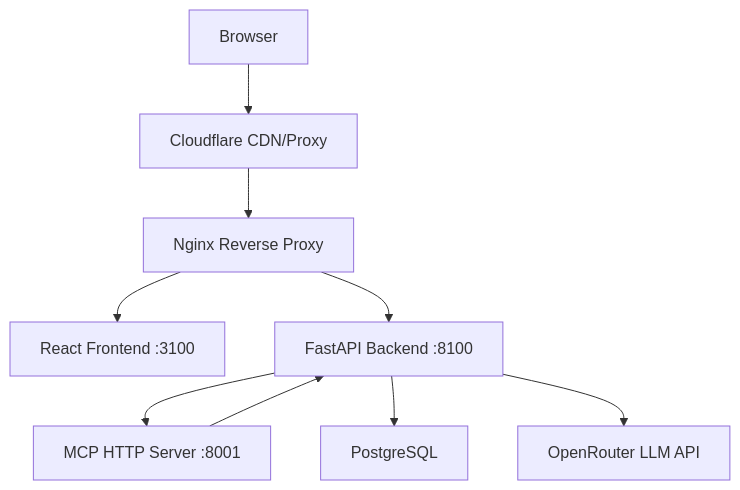
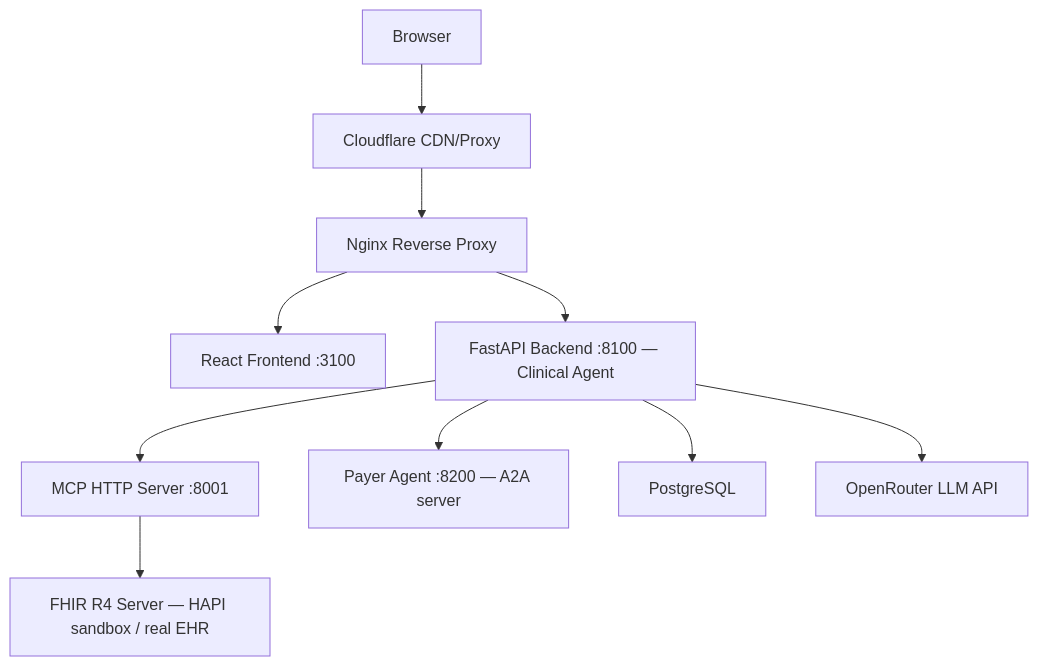
Before and after one commit to volskyi-dmytro/health_prior: the diagram in README.md, drawn with Mermaid. The commit also changed other lines of this file, not shown here.

First line of the commit message:
docs: update README for MCP+A2A protocol stack, add validation prompt

````diff
--- a/README.md
+++ b/README.md
@@ -7,11 +7,12 @@
 ```mermaid
 graph TD
     User[Browser] --> CF[Cloudflare CDN/Proxy]
     CF --> Nginx[Nginx Reverse Proxy]
     Nginx --> FE[React Frontend :3100]
-    Nginx --> BE[FastAPI Backend :8100]
+    Nginx --> BE[FastAPI Backend :8100 — Clinical Agent]
     BE --> MCP[MCP HTTP Server :8001]
+    MCP --> FHIR[FHIR R4 Server — HAPI sandbox / real EHR]
+    BE --> PA[Payer Agent :8200 — A2A server]
     BE --> PG[PostgreSQL]
     BE --> OR[OpenRouter LLM API]
-    MCP --> BE
 ```
````
